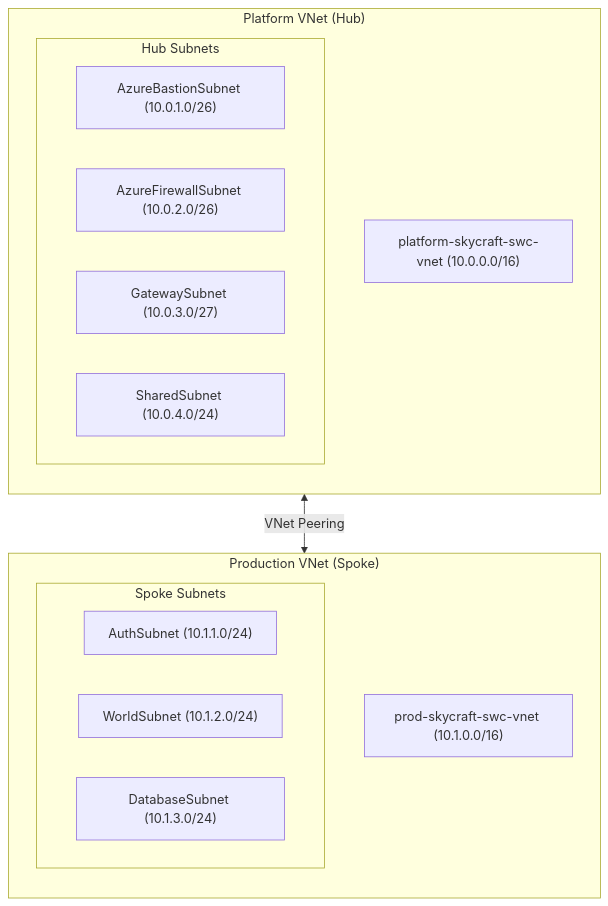
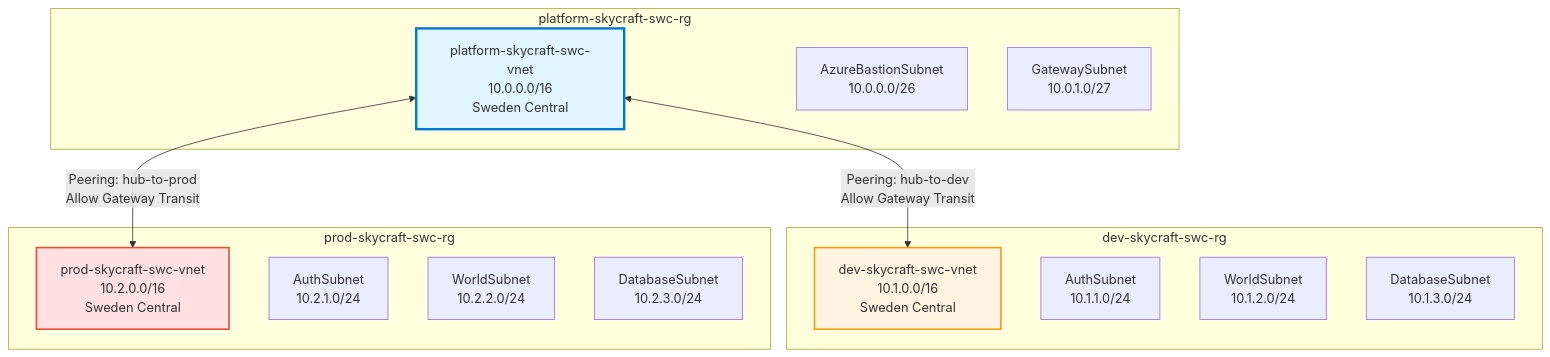
Before and after one commit to mbiszczanik/skycraft: the diagram in module-2-networking/2.1-virtual-networks/lab-guide-2.1.md, drawn with Mermaid. The commit also changed other lines of this file and 9 other files, not shown here.

````diff
--- a/module-2-networking/2.1-virtual-networks/lab-guide-2.1.md
+++ b/module-2-networking/2.1-virtual-networks/lab-guide-2.1.md
@@ -18,26 +19,29 @@
 ```mermaid
-graph TD
-    subgraph "Platform VNet (Hub)"
-        direction TB
-        HubVNet["platform-skycraft-swc-vnet (10.0.0.0/16)"]
-        subgraph HubSubnets ["Hub Subnets"]
-            Bastion["AzureBastionSubnet (10.0.1.0/26)"]
-            Firewall["AzureFirewallSubnet (10.0.2.0/26)"]
-            Gateway["GatewaySubnet (10.0.3.0/27)"]
-            Shared["SharedSubnet (10.0.4.0/24)"]
-        end
+graph TB
+    subgraph "platform-skycraft-swc-rg"
+        HubVNet[platform-skycraft-swc-vnet<br/>10.0.0.0/16<br/>Sweden Central]
+        BastionSubnet[AzureBastionSubnet<br/>10.0.0.0/26]
+        GatewaySubnet[GatewaySubnet<br/>10.0.1.0/27]
     end
 
-    subgraph "Production VNet (Spoke)"
-        direction TB
-        SpokeVNet["prod-skycraft-swc-vnet (10.1.0.0/16)"]
-        subgraph SpokeSubnets ["Spoke Subnets"]
-            Auth["AuthSubnet (10.1.1.0/24)"]
-            World["WorldSubnet (10.1.2.0/24)"]
-            DB["DatabaseSubnet (10.1.3.0/24)"]
-        end
+    subgraph "dev-skycraft-swc-rg"
+        DevVNet[dev-skycraft-swc-vnet<br/>10.1.0.0/16<br/>Sweden Central]
+        DevAuth[AuthSubnet<br/>10.1.1.0/24]
+        DevWorld[WorldSubnet<br/>10.1.2.0/24]
+        DevDB[DatabaseSubnet<br/>10.1.3.0/24]
     end
 
-    %% Peering Connections
-    HubVNet <--> |"VNet Peering"| SpokeVNet
+    subgraph "prod-skycraft-swc-rg"
+        ProdVNet[prod-skycraft-swc-vnet<br/>10.2.0.0/16<br/>Sweden Central]
+        ProdAuth[AuthSubnet<br/>10.2.1.0/24]
+        ProdWorld[WorldSubnet<br/>10.2.2.0/24]
+        ProdDB[DatabaseSubnet<br/>10.2.3.0/24]
+    end
+
+    HubVNet <-->|Peering: hub-to-dev<br/>Allow Gateway Transit| DevVNet
+    HubVNet <-->|Peering: hub-to-prod<br/>Allow Gateway Transit| ProdVNet
+
+    style HubVNet fill:#e1f5ff,stroke:#0078d4,stroke-width:3px
+    style DevVNet fill:#fff4e1,stroke:#f39c12,stroke-width:2px
+    style ProdVNet fill:#ffe1e1,stroke:#e74c3c,stroke-width:2px
 ```
````
